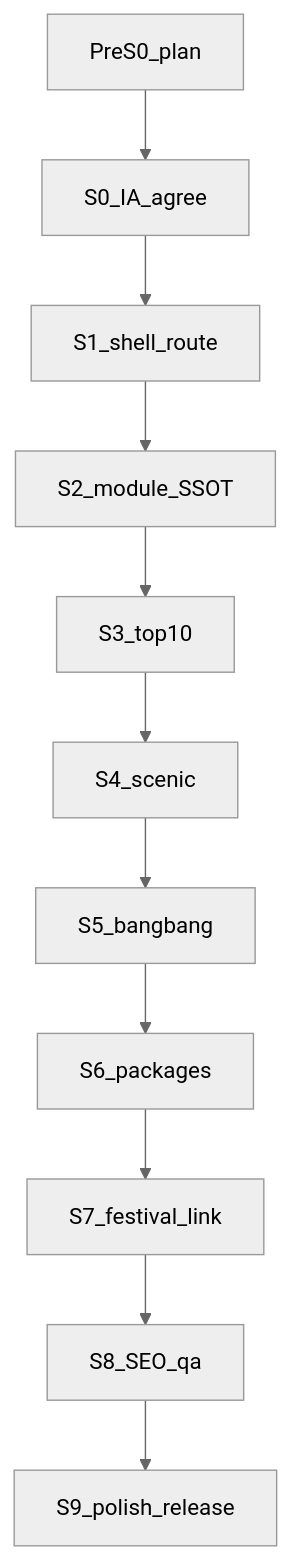
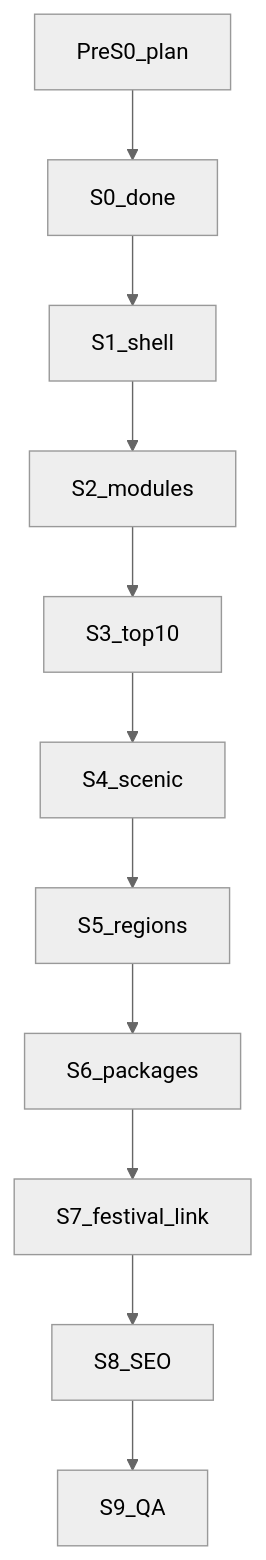
The diagram in plans/korea-theme-travel-plan.md (catgeot/Days), drawn with Mermaid (neutral theme) before and after one commit. The commit also changed other lines of this file and 2 other files, not shown here.

````diff
--- a/plans/korea-theme-travel-plan.md
+++ b/plans/korea-theme-travel-plan.md
@@ -38,13 +38,13 @@
 ```mermaid
 flowchart TD
-  pre[PreS0_plan] --> S0[S0_IA_agree]
-  S0 --> S1[S1_shell_route]
-  S1 --> S2[S2_module_SSOT]
+  pre[PreS0_plan] --> S0[S0_done]
+  S0 --> S1[S1_shell]
+  S1 --> S2[S2_modules]
   S2 --> S3[S3_top10]
   S3 --> S4[S4_scenic]
-  S4 --> S5[S5_bangbang]
+  S4 --> S5[S5_regions]
   S5 --> S6[S6_packages]
   S6 --> S7[S7_festival_link]
-  S7 --> S8[S8_SEO_qa]
-  S8 --> S9[S9_polish_release]
+  S7 --> S8[S8_SEO]
+  S8 --> S9[S9_QA]
 ```
````
